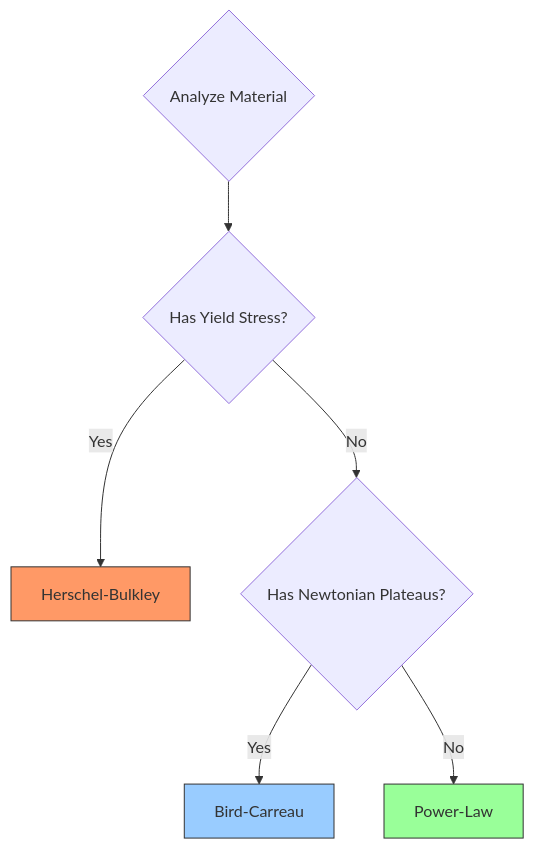
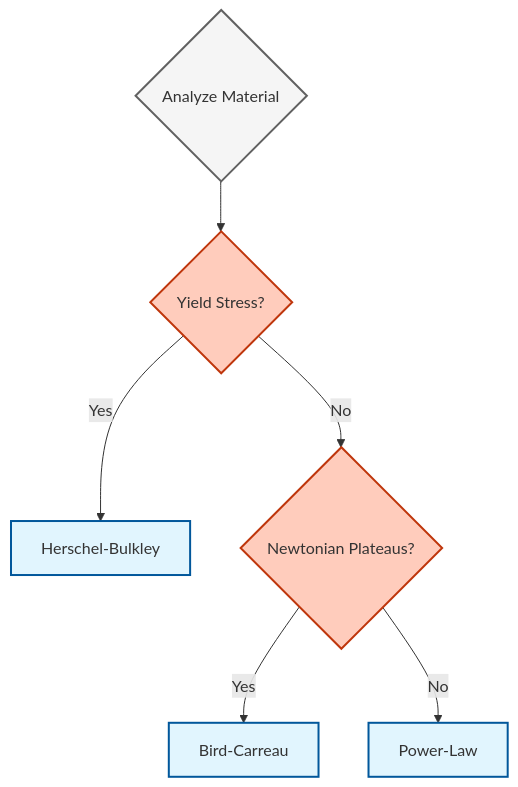
Before and after one commit to wramet/build-my-cfd: the first of 2 diagrams in MODULE_06_ADVANCED_PHYSICS/CONTENT/04_NON_NEWTONIAN_FLUIDS/02_Viscosity_Models.md, drawn with Mermaid. The commit also changed other lines of this file and 313 other files, not shown here.

Commit message:
Revise all diagram

````diff
--- a/MODULE_06_ADVANCED_PHYSICS/CONTENT/04_NON_NEWTONIAN_FLUIDS/02_Viscosity_Models.md
+++ b/MODULE_06_ADVANCED_PHYSICS/CONTENT/04_NON_NEWTONIAN_FLUIDS/02_Viscosity_Models.md
@@ -332,12 +332,18 @@
 ```mermaid
 graph TD
-    Start{Analyze Material} --> Yield{Has Yield Stress?}
-    Yield -- Yes --> HB[Herschel-Bulkley]
-    Yield -- No --> Plateau{Has Newtonian Plateaus?}
-    Plateau -- Yes --> BC[Bird-Carreau]
-    Plateau -- No --> PL[Power-Law]
+classDef implicit fill:#e1f5fe,stroke:#01579b,stroke-width:2px
+classDef explicit fill:#ffccbc,stroke:#bf360c,stroke-width:2px
+classDef context fill:#f5f5f5,stroke:#616161,stroke-width:2px
+Start{"Analyze Material"}:::context
+Q1{"Yield Stress?"}:::explicit
+HB["Herschel-Bulkley"]:::implicit
+Q2{"Newtonian Plateaus?"}:::explicit
+BC["Bird-Carreau"]:::implicit
+PL["Power-Law"]:::implicit
 
-    style HB fill:#f96,stroke:#333
-    style BC fill:#9cf,stroke:#333
-    style PL fill:#9f9,stroke:#333
+Start --> Q1
+Q1 -- Yes --> HB
+Q1 -- No --> Q2
+Q2 -- Yes --> BC
+Q2 -- No --> PL
 ```
````
